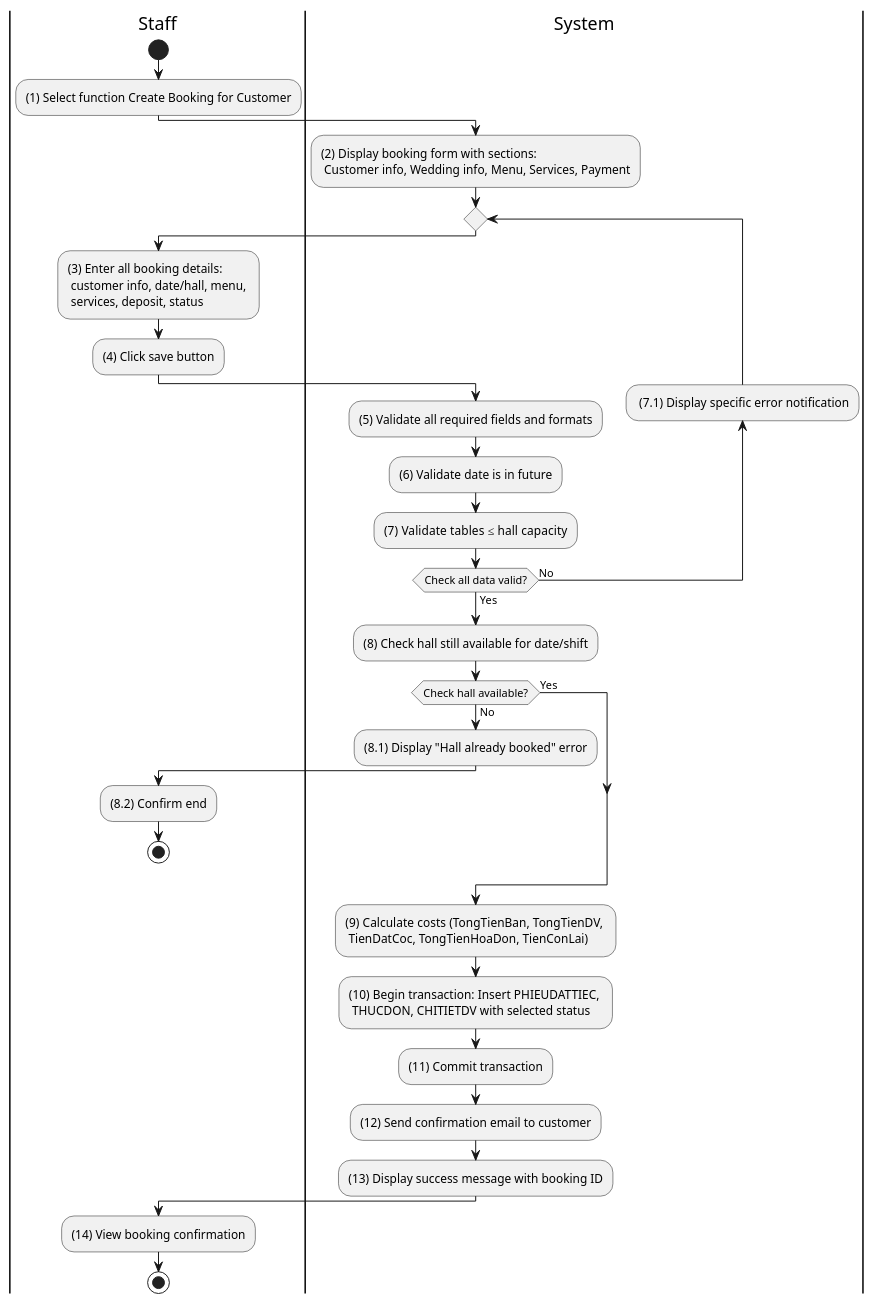
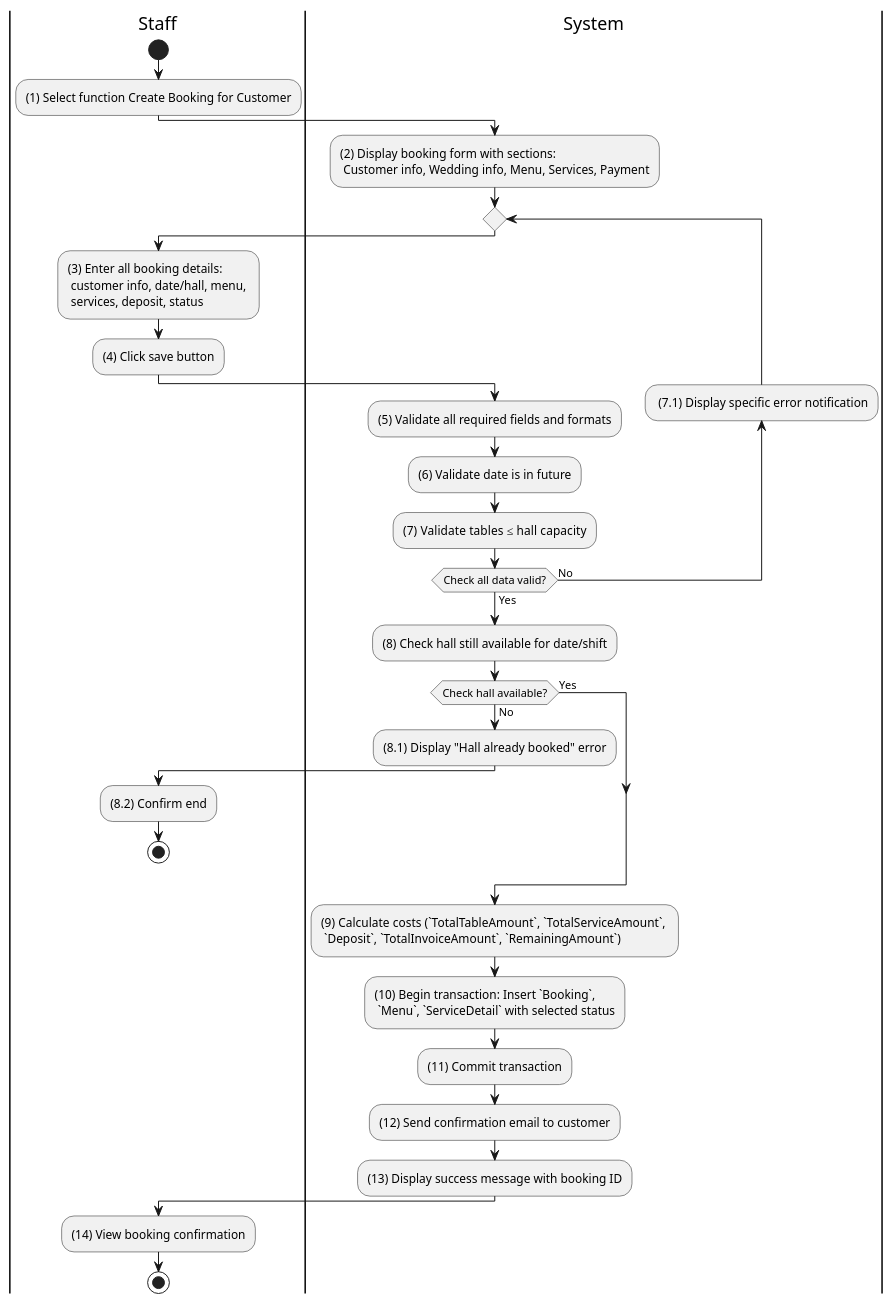
The diagram in docs/docs/activity for wedding management system/manage-bookings/create-booking-for-customer.md (se113-wm/se113-wm.github.io), drawn with PlantUML before and after one commit. The commit also changed 64 other files, not shown here.

````diff
--- a/docs/docs/activity for wedding management system/manage-bookings/create-booking-for-customer.md
+++ b/docs/docs/activity for wedding management system/manage-bookings/create-booking-for-customer.md
@@ -3,50 +3,50 @@
 ```plantuml
 @startuml
 |S|Staff
 |Sys|System
 
 |S|
 start
 
 :(1) Select function Create Booking for Customer;
 
 |Sys|
 :(2) Display booking form with sections: \n Customer info, Wedding info, Menu, Services, Payment;
 
 repeat
 	|S|
 	:(3) Enter all booking details: \n customer info, date/hall, menu, \n services, deposit, status;
 	:(4) Click save button;
 
 	|Sys|
 	:(5) Validate all required fields and formats;
 	:(6) Validate date is in future;
 	:(7) Validate tables ≤ hall capacity;
 	backward: (7.1) Display specific error notification;
 repeat while (Check all data valid?) is (No) not (Yes)
 
 |Sys|
 :(8) Check hall still available for date/shift;
 
 if (Check hall available?) then (No)
 	:(8.1) Display "Hall already booked" error;
 	|S|
 	:(8.2) Confirm end;
 	stop
 else (Yes)
 endif
 
 |Sys|
-:(9) Calculate costs (TongTienBan, TongTienDV, \n TienDatCoc, TongTienHoaDon, TienConLai);
-:(10) Begin transaction: Insert PHIEUDATTIEC, \n THUCDON, CHITIETDV with selected status;
+:(9) Calculate costs (`TotalTableAmount`, `TotalServiceAmount`, \n `Deposit`, `TotalInvoiceAmount`, `RemainingAmount`);
+:(10) Begin transaction: Insert `Booking`, \n `Menu`, `ServiceDetail` with selected status;
 :(11) Commit transaction;
 :(12) Send confirmation email to customer;
 :(13) Display success message with booking ID;
 
 |S|
 :(14) View booking confirmation;
 
 stop
 
 @enduml
 ```
````
